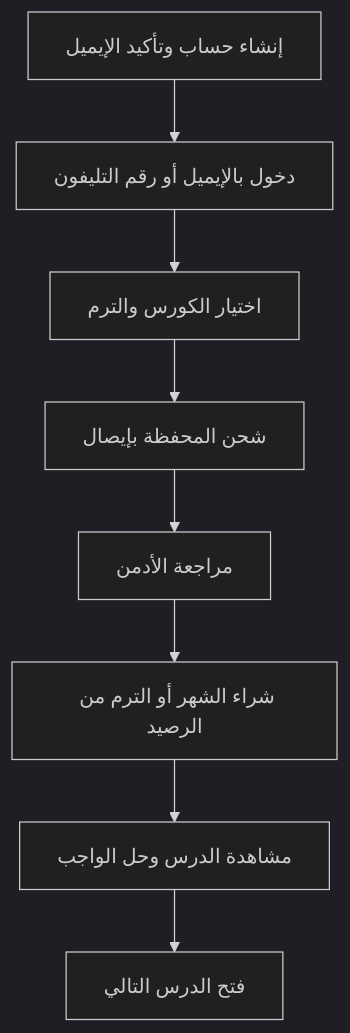
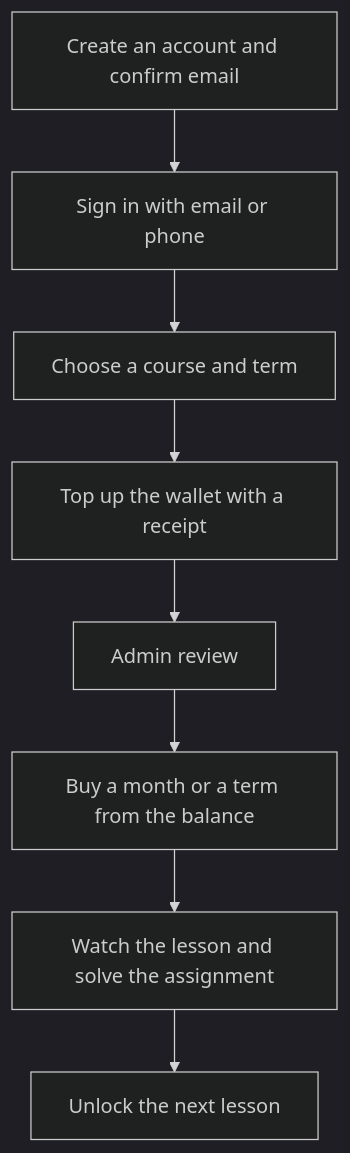
Before and after one commit to aboelnasrvip/go-tech-lms: the second of 4 diagrams in README.md, drawn with Mermaid (dark theme). The commit also changed other lines of this file, not shown here.

````diff
--- a/README.md
+++ b/README.md
@@ -40,12 +40,12 @@
 ```mermaid
 flowchart TD
-  account[إنشاء حساب وتأكيد الإيميل]
-  login[دخول بالإيميل أو رقم التليفون]
-  browse[اختيار الكورس والترم]
-  wallet[شحن المحفظة بإيصال]
-  review[مراجعة الأدمن]
-  buy[شراء الشهر أو الترم من الرصيد]
-  learn[مشاهدة الدرس وحل الواجب]
-  next[فتح الدرس التالي]
+  account[Create an account and confirm email]
+  login[Sign in with email or phone]
+  browse[Choose a course and term]
+  wallet[Top up the wallet with a receipt]
+  review[Admin review]
+  buy[Buy a month or a term from the balance]
+  learn[Watch the lesson and solve the assignment]
+  next[Unlock the next lesson]
   account --> login --> browse --> wallet --> review --> buy --> learn --> next
 ```
````
